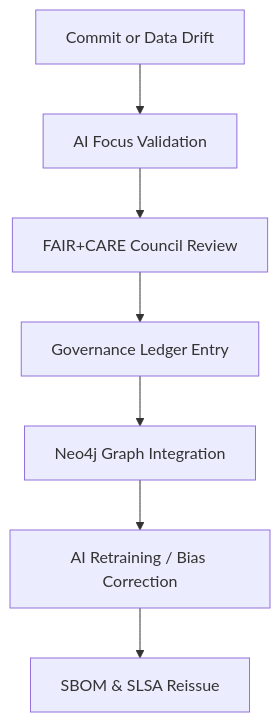
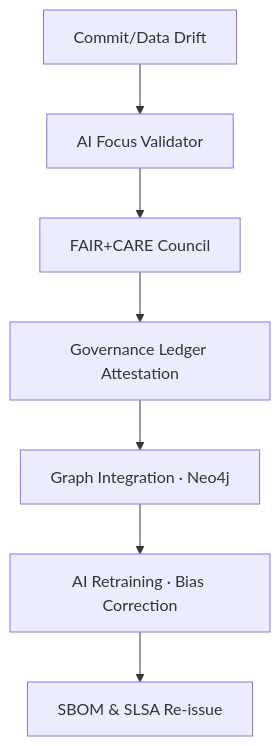
The diagram in src/README.md (bartytime4life/Kansas-Frontier-Matrix), drawn with Mermaid before and after one commit. The commit also changed other lines of this file, not shown here.

````diff
--- a/src/README.md
+++ b/src/README.md
@@ -115,12 +91,9 @@
 ```mermaid
 graph TD
-  A[Commit or Data Drift]
-  B[AI Focus Validation]
-  C[FAIR+CARE Council Review]
-  D[Governance Ledger Entry]
-  E[Neo4j Graph Integration]
-  F[AI Retraining / Bias Correction]
-  G[SBOM & SLSA Reissue]
-
-  A --> B --> C --> D --> E --> F --> G
+A[Commit/Data Drift]-->B[AI Focus Validator]
+B-->C[FAIR+CARE Council]
+C-->D[Governance Ledger Attestation]
+D-->E[Graph Integration · Neo4j]
+E-->F[AI Retraining · Bias Correction]
+F-->G[SBOM & SLSA Re-issue]
 ```
````
